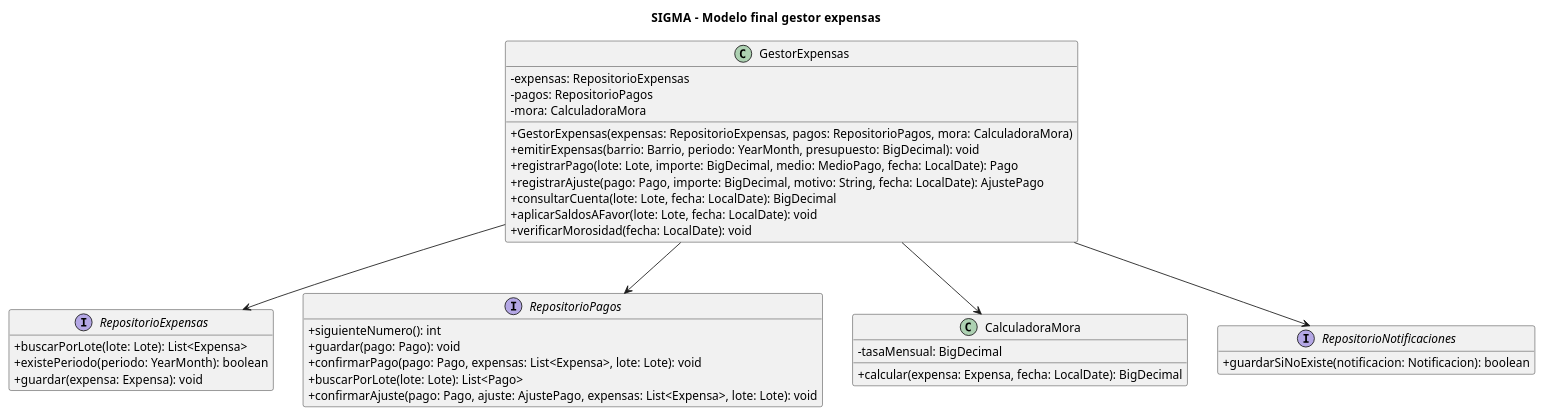
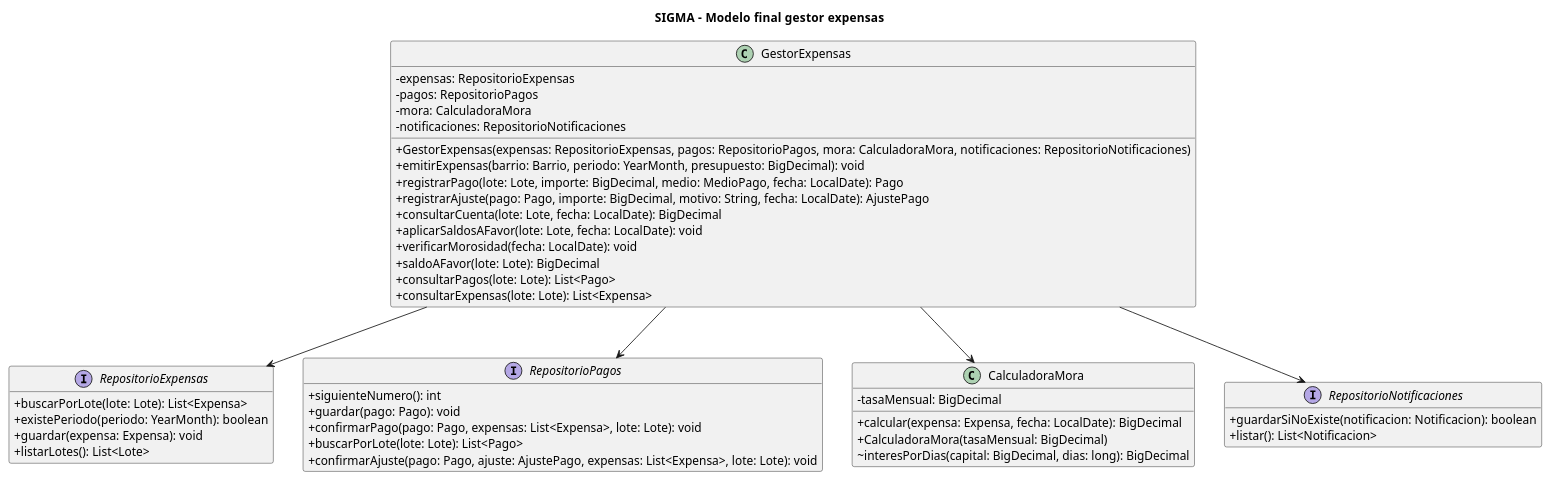
One commit to fedemarr/TP-POO-SIGMA changed the diagram in docs/uml/07-gestor-expensas.puml. Above: the diagram before and after it, drawn with PlantUML. The commit also changed 42 other files, not shown here.

```diff
--- a/docs/uml/07-gestor-expensas.puml
+++ b/docs/uml/07-gestor-expensas.puml
@@ -1,49 +1,57 @@
 @startuml 07-gestor-expensas
 title SIGMA - Modelo final   gestor expensas
 scale max 3800*3800
 skinparam defaultFontName Arial
 skinparam defaultFontSize 14
 skinparam classAttributeIconSize 0
 skinparam shadowing false
 hide empty members
 
 class GestorExpensas {
     - expensas: RepositorioExpensas
     - pagos: RepositorioPagos
     - mora: CalculadoraMora
-    + GestorExpensas(expensas: RepositorioExpensas, pagos: RepositorioPagos, mora: CalculadoraMora)
+    - notificaciones: RepositorioNotificaciones
+    + GestorExpensas(expensas: RepositorioExpensas, pagos: RepositorioPagos, mora: CalculadoraMora, notificaciones: RepositorioNotificaciones)
     + emitirExpensas(barrio: Barrio, periodo: YearMonth, presupuesto: BigDecimal): void
     + registrarPago(lote: Lote, importe: BigDecimal, medio: MedioPago, fecha: LocalDate): Pago
     + registrarAjuste(pago: Pago, importe: BigDecimal, motivo: String, fecha: LocalDate): AjustePago
     + consultarCuenta(lote: Lote, fecha: LocalDate): BigDecimal
     + aplicarSaldosAFavor(lote: Lote, fecha: LocalDate): void
     + verificarMorosidad(fecha: LocalDate): void
+    + saldoAFavor(lote: Lote): BigDecimal
+    + consultarPagos(lote: Lote): List<Pago>
+    + consultarExpensas(lote: Lote): List<Expensa>
   }
 
 interface RepositorioExpensas {
     + buscarPorLote(lote: Lote): List<Expensa>
     + existePeriodo(periodo: YearMonth): boolean
     + guardar(expensa: Expensa): void
+    + listarLotes(): List<Lote>
   }
 
 interface RepositorioPagos {
     + siguienteNumero(): int
     + guardar(pago: Pago): void
     + confirmarPago(pago: Pago, expensas: List<Expensa>, lote: Lote): void
     + buscarPorLote(lote: Lote): List<Pago>
     + confirmarAjuste(pago: Pago, ajuste: AjustePago, expensas: List<Expensa>, lote: Lote): void
   }
 
 class CalculadoraMora {
     - tasaMensual: BigDecimal
     + calcular(expensa: Expensa, fecha: LocalDate): BigDecimal
+    + CalculadoraMora(tasaMensual: BigDecimal)
+    ~ interesPorDias(capital: BigDecimal, dias: long): BigDecimal
   }
 
 interface RepositorioNotificaciones {
     + guardarSiNoExiste(notificacion: Notificacion): boolean
+    + listar(): List<Notificacion>
   }
 GestorExpensas --> RepositorioExpensas
 GestorExpensas --> RepositorioPagos
 GestorExpensas --> CalculadoraMora
 GestorExpensas --> RepositorioNotificaciones
 @enduml
```
